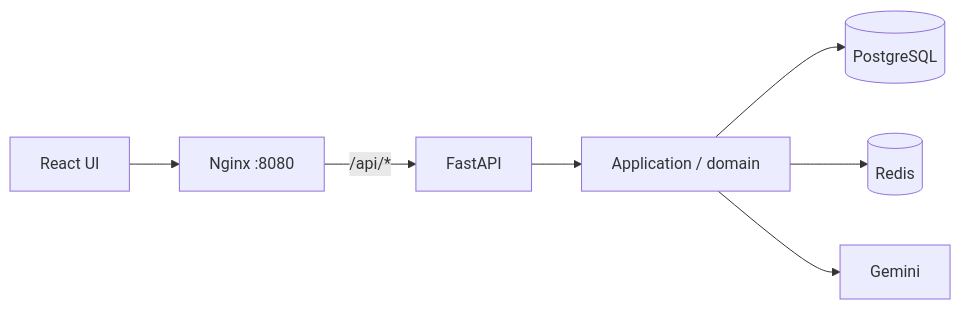
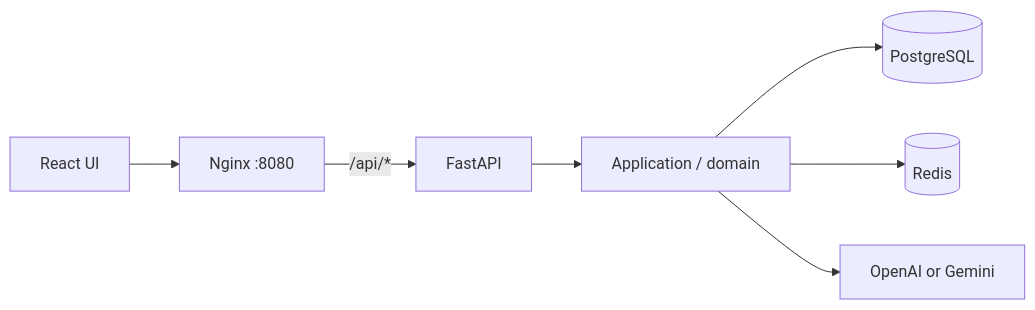
One commit to DaniyarAbikenov/gdg-aitu-hackhathon changed the diagram in README.md. Above: the diagram before and after it, drawn with Mermaid. The commit also changed other lines of this file and 3 other files, not shown here.

````diff
--- a/README.md
+++ b/README.md
@@ -35,9 +35,9 @@
 ```mermaid
 flowchart LR
   Browser[React UI] --> Nginx[Nginx :8080]
   Nginx -->|/api/*| API[FastAPI]
   API --> UseCases[Application / domain]
   UseCases --> PG[(PostgreSQL)]
   UseCases --> Redis[(Redis)]
-  UseCases --> Gemini[Gemini]
+  UseCases --> AI[OpenAI or Gemini]
 ```
````
